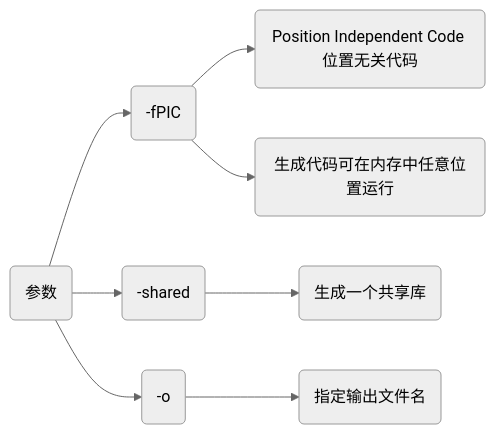
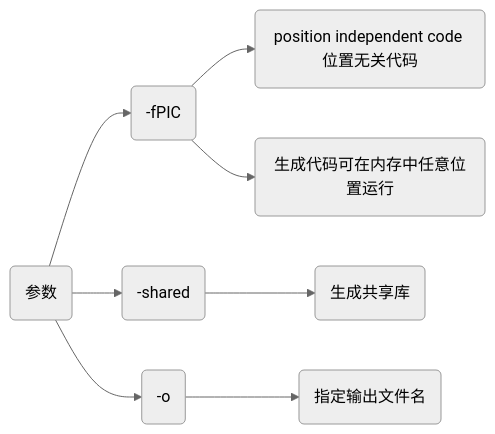
The third of 5 diagrams in _posts/language/c_c++/library/2023-02-28-动态库.md (dmjcb/dmjcb.github.io), drawn with Mermaid (neutral theme) before and after one commit. The commit also changed other lines of this file and 2 other files, not shown here.

````diff
--- a/_posts/language/c_c++/library/2023-02-28-动态库.md
+++ b/_posts/language/c_c++/library/2023-02-28-动态库.md
@@ -137,9 +151,9 @@
 ```mermaid
 graph LR;
     X(参数)
     X-->A("-fPIC")
-        A-->A1(Position Independent Code 位置无关代码)
+        A-->A1(position independent code 位置无关代码)
         A-->A2(生成代码可在内存中任意位置运行)
-    X-->B("-shared")-->B1(生成一个共享库)
+    X-->B("-shared")-->B1(生成共享库)
     X-->C("-o")-->C1(指定输出文件名)
 ```
````
